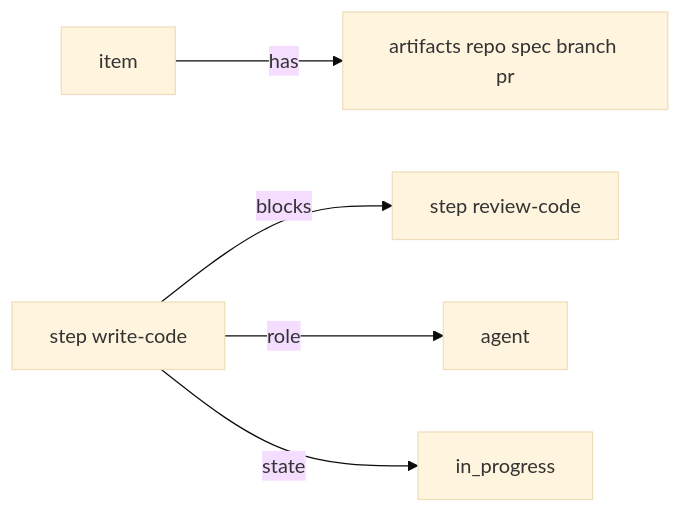
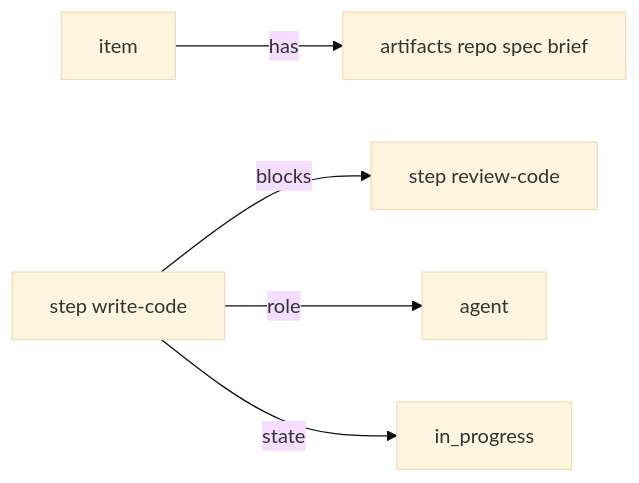
The second of 2 diagrams in docs/data-model.md (kenmclennan/lightcycle), drawn with Mermaid (base theme) before and after one commit. The commit also changed other lines of this file and 7 other files, not shown here.

````diff
--- a/docs/data-model.md
+++ b/docs/data-model.md
@@ -47,7 +49,7 @@
 ```mermaid
 graph LR
-  item[item] -->|has| art[artifacts repo spec branch pr]
+  item[item] -->|has| art[artifacts repo spec brief]
   step1[step write-code] -->|blocks| step2[step review-code]
   step1 -->|role| r[agent]
   step1 -->|state| s[in_progress]
 ```
````
